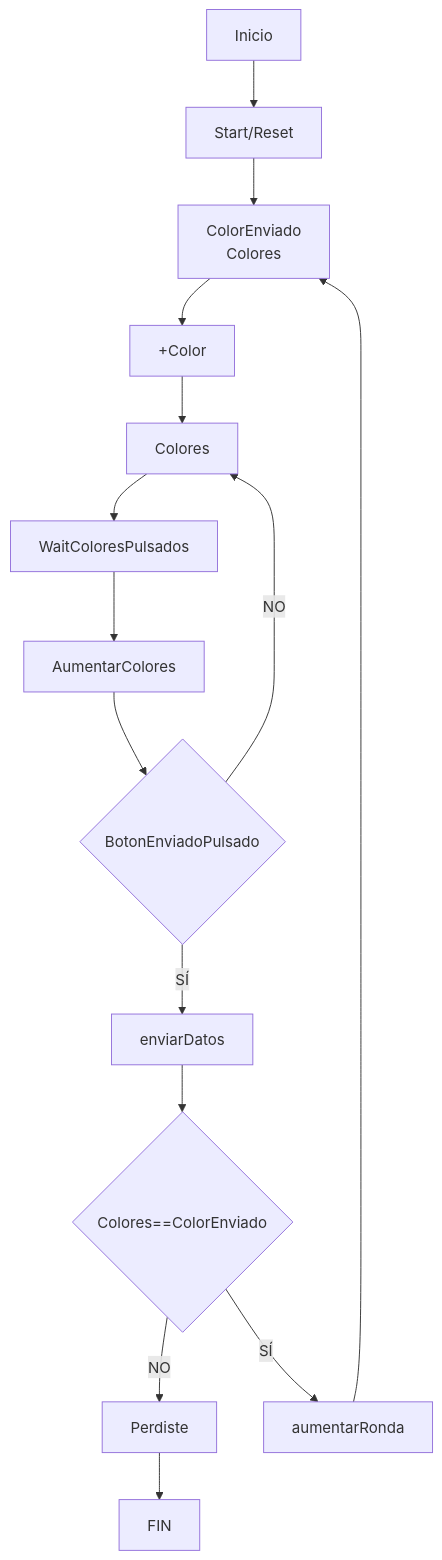
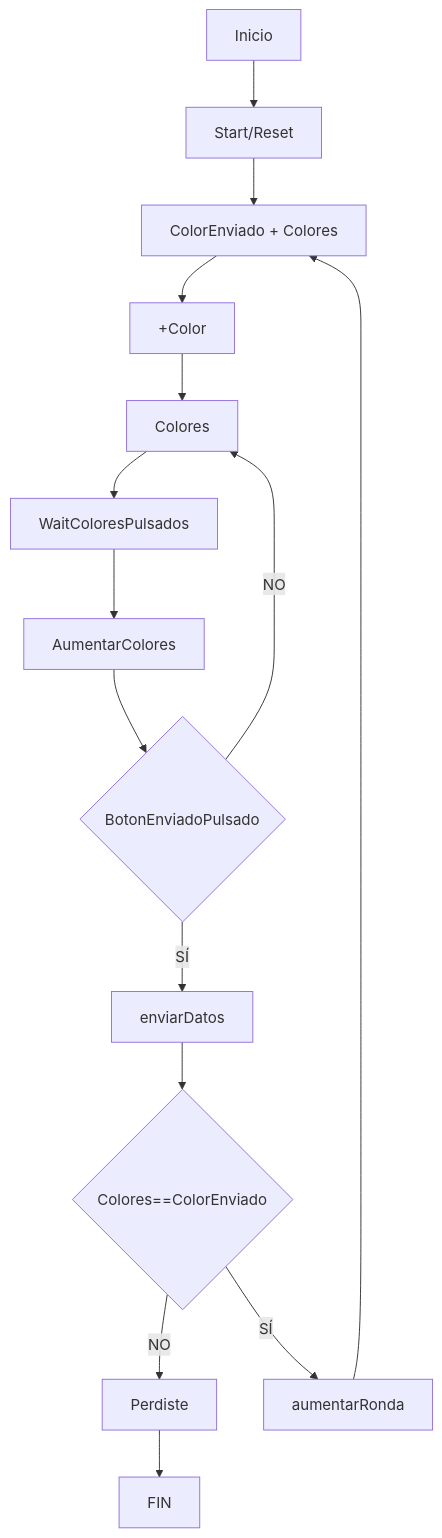
One commit to PPAGabriel/PMDM_SimonDice changed the first of 2 diagrams in README.md. Above: the diagram before and after it, drawn with Mermaid.

Commit message:
Readme actualizado

````diff
--- a/README.md
+++ b/README.md
@@ -19,19 +19,18 @@
 ```mermaid
 graph TD
 
 A[Inicio] --> B[Start/Reset]
 B-->C
-C[ColorEnviado
-Colores]-->D[+Color]
+C[ColorEnviado + Colores]-->D[+Color]
 D-->E
 E["Colores"]-->F[WaitColoresPulsados]
 F-->G
 G[AumentarColores]-->H{BotonEnviadoPulsado}
 H-->|NO|E
 H-->|SÍ|I[enviarDatos]
 I-->J{Colores==ColorEnviado}
 J-->|NO|K[Perdiste]
 K-->L[FIN]
 J-->|SÍ|M[aumentarRonda]
 M-->C
 ```
````
